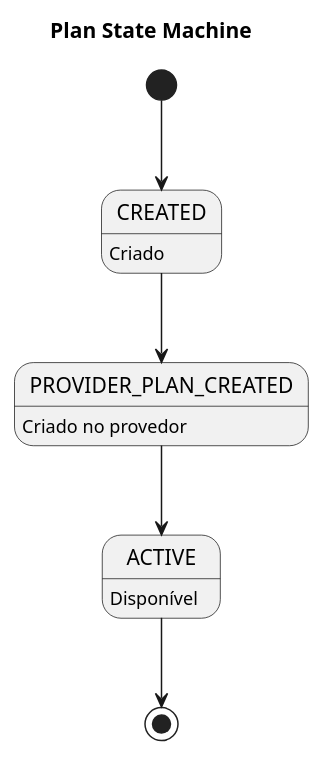
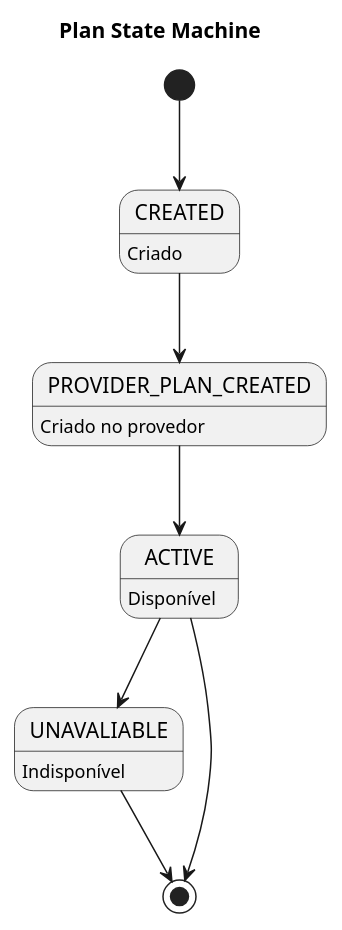
The diagram in src/fsm/docs/plan.fsm.wsd (holding-fpass/base-sdk), drawn with PlantUML before and after one commit. The commit also changed 2 other files, not shown here.

```diff
--- a/src/fsm/docs/plan.fsm.wsd
+++ b/src/fsm/docs/plan.fsm.wsd
@@ -1,12 +1,15 @@
 @startuml Plan State Machine
 title Plan State Machine
 hide empty description
 
 [*] --> CREATED
 CREATED: Criado
 CREATED --> PROVIDER_PLAN_CREATED
 PROVIDER_PLAN_CREATED: Criado no provedor
 PROVIDER_PLAN_CREATED --> ACTIVE
 ACTIVE: Disponível
+ACTIVE --> UNAVALIABLE
+UNAVALIABLE: Indisponível
 ACTIVE --> [*]
+UNAVALIABLE --> [*]
 @enduml
```
